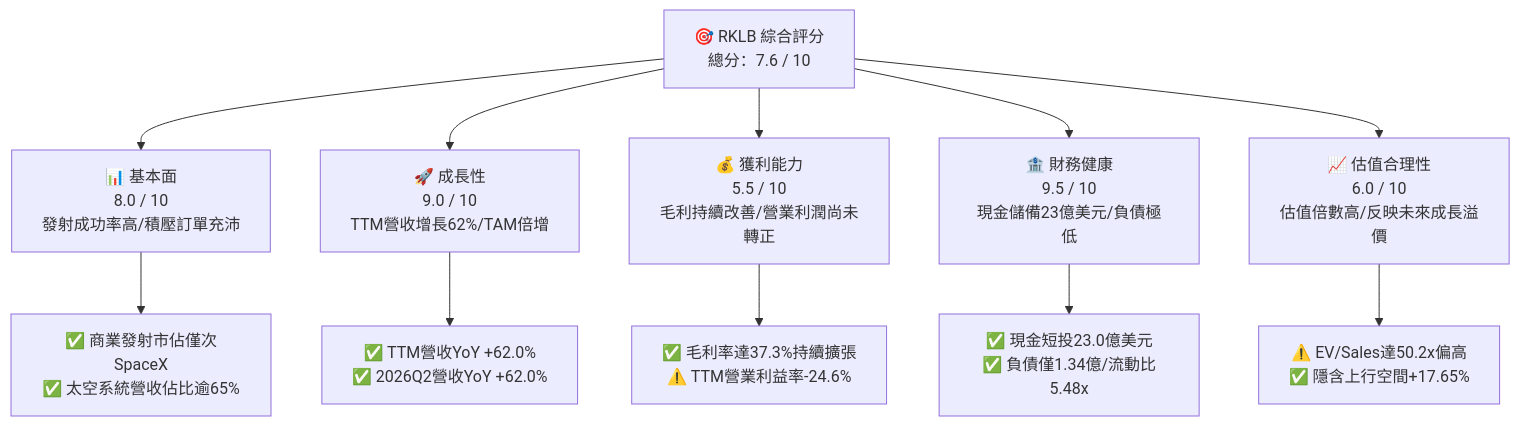
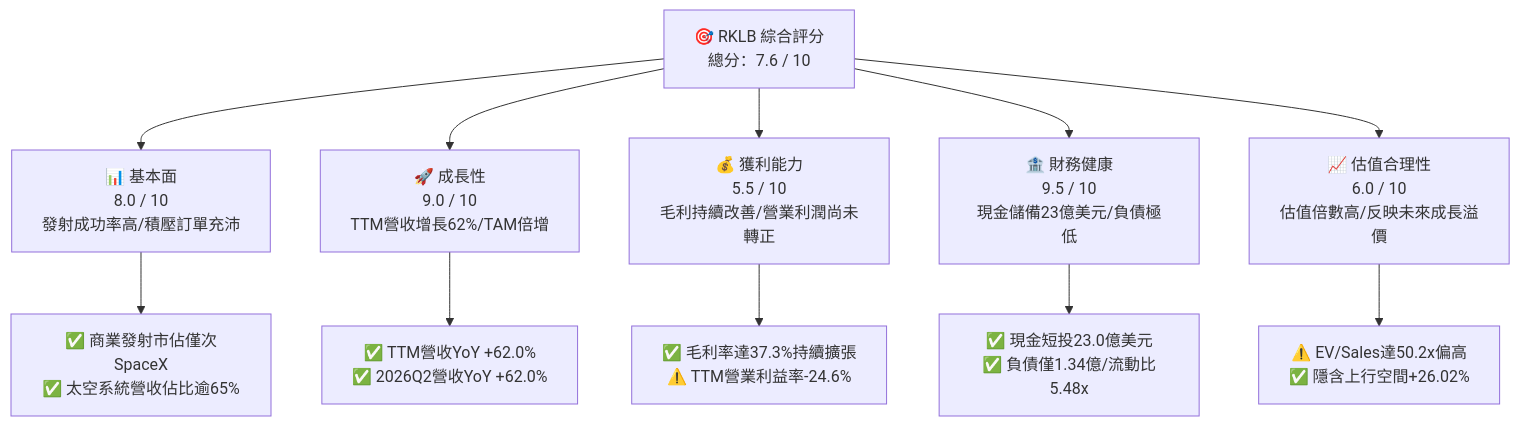
One commit to yennanliu/finance_data changed the first of 15 diagrams in ai_gen_report/fundamental/rklb/fundamental_analysis_2026-10-10_gemini.md. Above: the diagram before and after it, drawn with Mermaid. The commit also changed other lines of this file and 339 other files, not shown here.

````diff
--- a/ai_gen_report/fundamental/rklb/fundamental_analysis_2026-10-10_gemini.md
+++ b/ai_gen_report/fundamental/rklb/fundamental_analysis_2026-10-10_gemini.md
@@ -58,22 +65,22 @@
 ```mermaid
 graph TD
     TICKER["🎯 RKLB 綜合評分<br/>總分：7.6 / 10"]
 
     F["📊 基本面<br/>8.0 / 10<br/>發射成功率高/積壓訂單充沛"]
     G["🚀 成長性<br/>9.0 / 10<br/>TTM營收增長62%/TAM倍增"]
     P["💰 獲利能力<br/>5.5 / 10<br/>毛利持續改善/營業利潤尚未轉正"]
     B["🏦 財務健康<br/>9.5 / 10<br/>現金儲備23億美元/負債極低"]
     V["📈 估值合理性<br/>6.0 / 10<br/>估值倍數高/反映未來成長溢價"]
 
     TICKER --> F
     TICKER --> G
     TICKER --> P
     TICKER --> B
     TICKER --> V
 
     F --> F1["✅ 商業發射市佔僅次SpaceX<br/>✅ 太空系統營收佔比逾65%"]
     G --> G1["✅ TTM營收YoY +62.0%<br/>✅ 2026Q2營收YoY +62.0%"]
     P --> P1["✅ 毛利率達37.3%持續擴張<br/>⚠️ TTM營業利益率-24.6%"]
     B --> B1["✅ 現金短投23.0億美元<br/>✅ 負債僅1.34億/流動比5.48x"]
-    V --> V1["⚠️ EV/Sales達50.2x偏高<br/>✅ 隱含上行空間+17.65%"]
+    V --> V1["⚠️ EV/Sales達50.2x偏高<br/>✅ 隱含上行空間+26.02%"]
 ```
````
